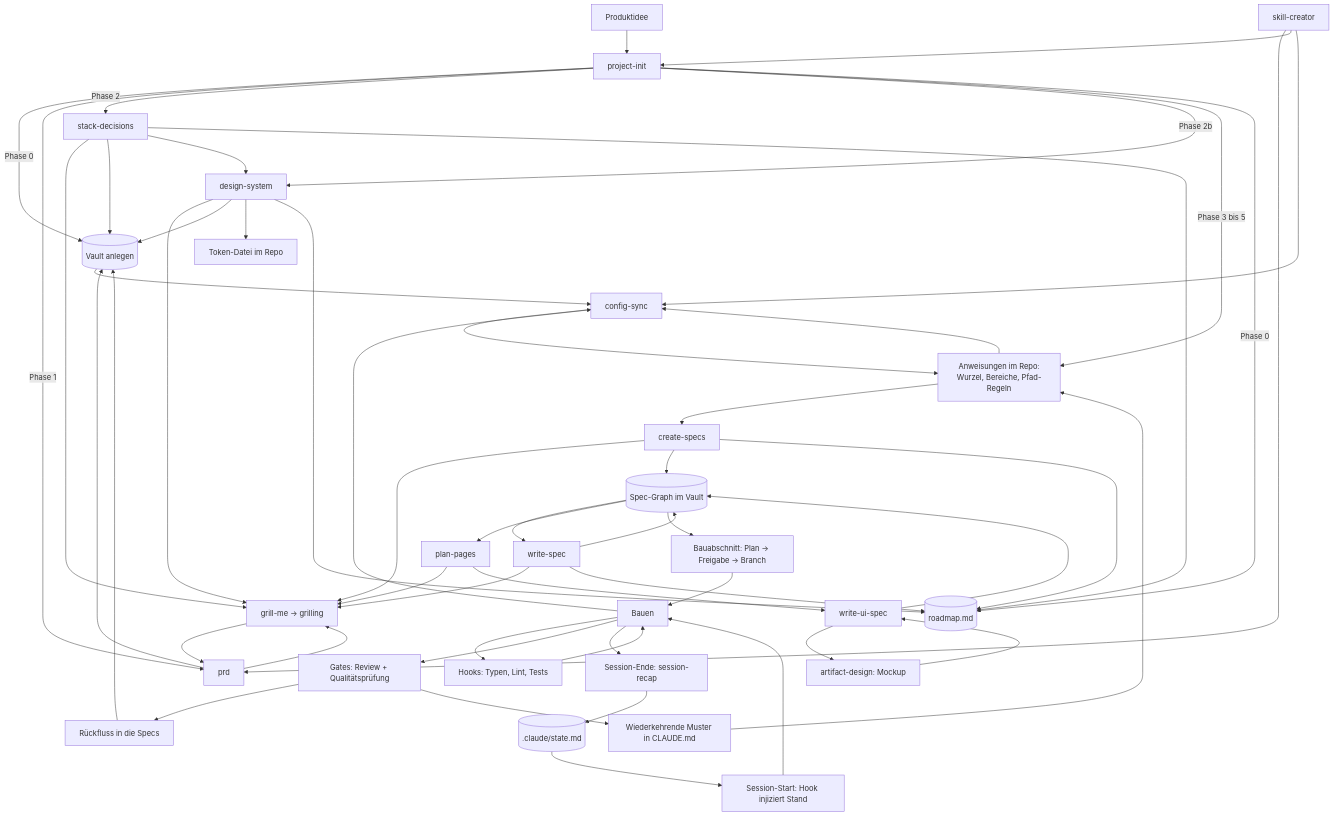
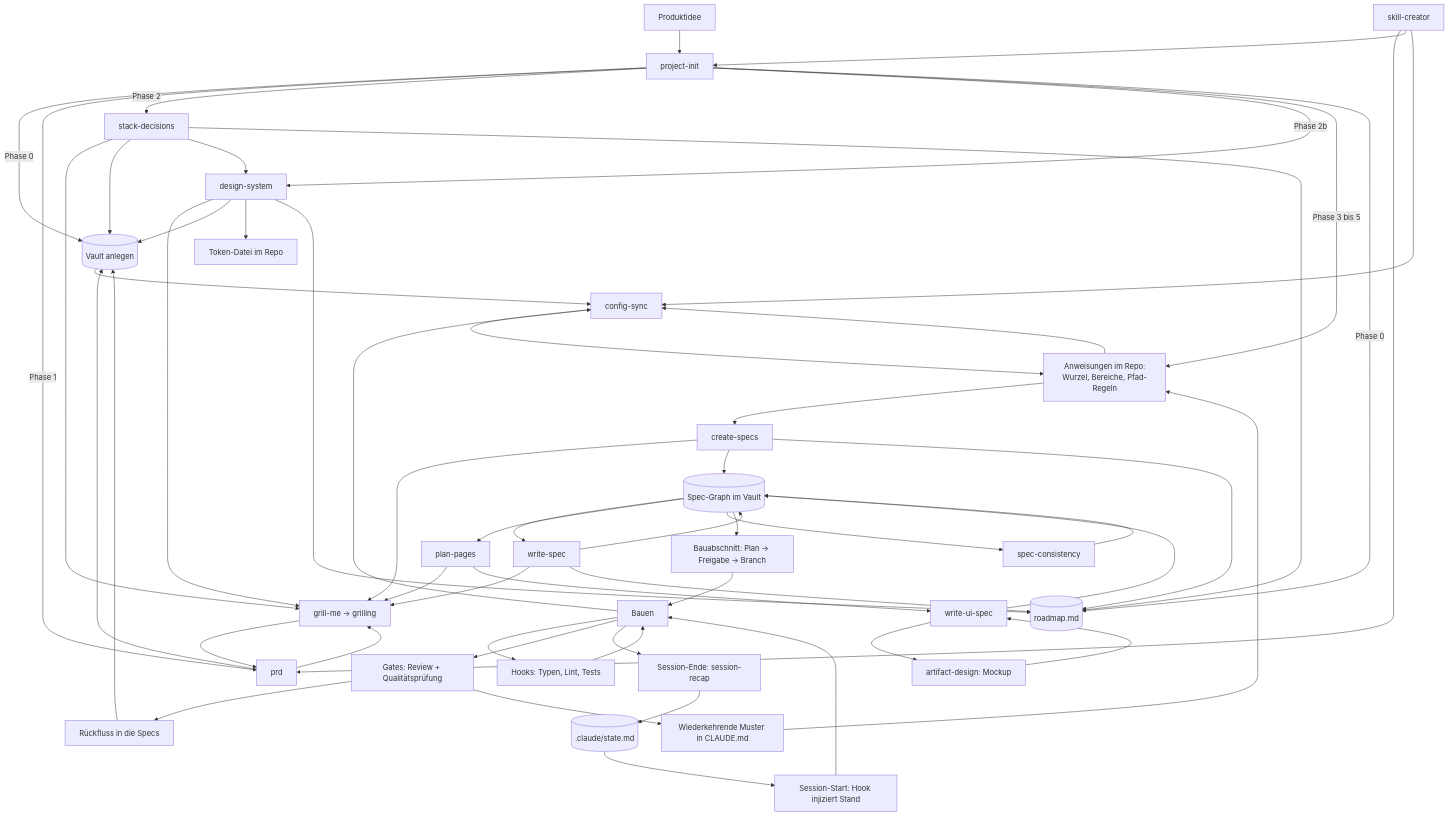
One commit to mxrius1706/Ai-Coding-Framework changed the diagram in LOOP.md. Above: the diagram before and after it, drawn with Mermaid. The commit also changed other lines of this file and 3 other files, not shown here.

First line of the commit message:
feat(skills): spec-consistency ergaenzen, mit Ausloesern statt Takt

````diff
--- a/LOOP.md
+++ b/LOOP.md
@@ -25,59 +25,61 @@
 ```mermaid
 flowchart TD
     A[Produktidee] --> E[project-init]
     E -->|Phase 0| D[(Vault anlegen)]
     E -->|Phase 1| B[prd]
     B --> C[grill-me → grilling]
     C --> B
     B --> D
     E -->|Phase 2| S[stack-decisions]
     S --> C
     S --> D
     E -->|Phase 2b| DS[design-system]
     S --> DS
     DS --> C
     DS --> D
     DS --> TK[Token-Datei im Repo]
     E -->|Phase 3 bis 5| F[Anweisungen im Repo:<br/>Wurzel, Bereiche, Pfad-Regeln]
 
     F --> CS[create-specs]
     CS --> C
     CS --> SP[(Spec-Graph im Vault)]
     SP --> WS[write-spec]
     WS --> C
     WS --> SP
     SP --> PP[plan-pages]
     PP --> C
     PP --> UI[write-ui-spec]
     UI --> AD[artifact-design: Mockup]
     AD --> UI
     UI --> SP
+    SP --> SC[spec-consistency]
+    SC --> SP
     SP --> G[Bauabschnitt: Plan → Freigabe → Branch]
     G --> H[Bauen]
     H --> I[Hooks: Typen, Lint, Tests]
     I --> H
     H --> J[Gates: Review + Qualitätsprüfung]
     J --> K[Rückfluss in die Specs]
     K --> D
     J --> L[Wiederkehrende Muster in CLAUDE.md]
     L --> F
 
     F --> M[config-sync]
     M --> F
     D --> M
     H --> M
 
     N[Session-Ende: session-recap] --> O[(.claude/state.md)]
     E -->|Phase 0| RM[(roadmap.md)]
     S --> RM
     DS --> RM
     CS --> RM
     WS --> RM
     O --> P[Session-Start: Hook injiziert Stand]
     P --> H
     H --> N
 
     Q[skill-creator] --> B
     Q --> E
     Q --> M
 ```
````
